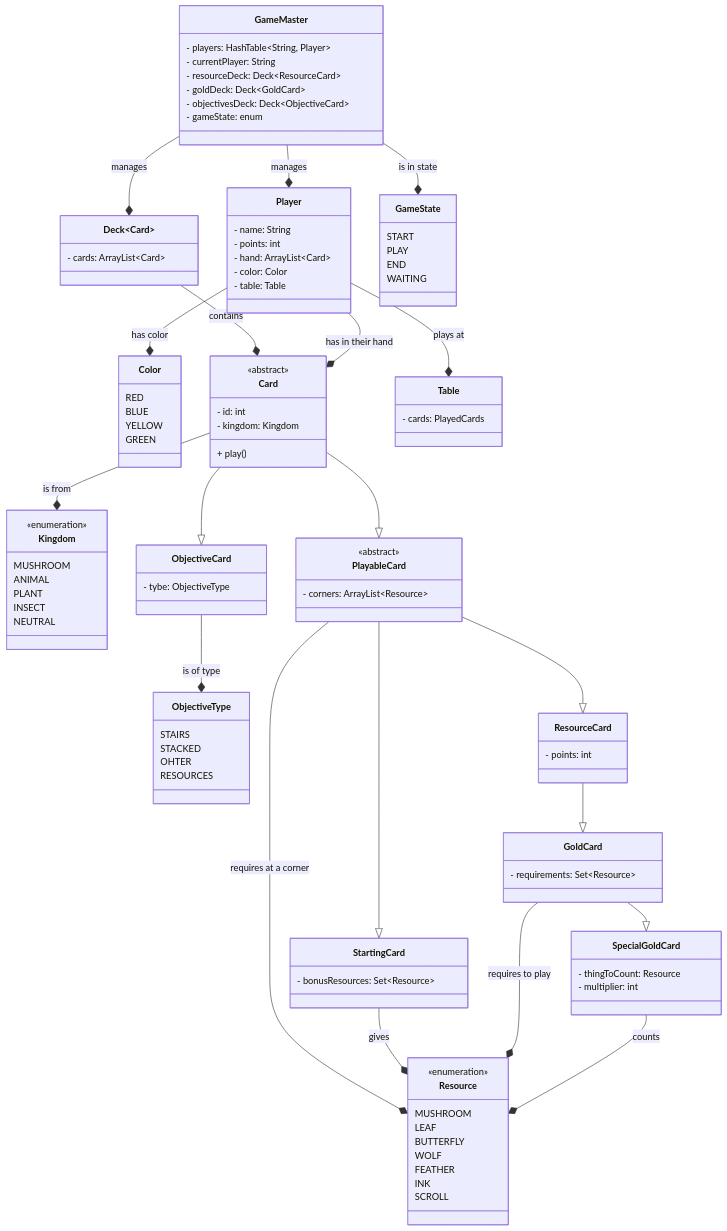
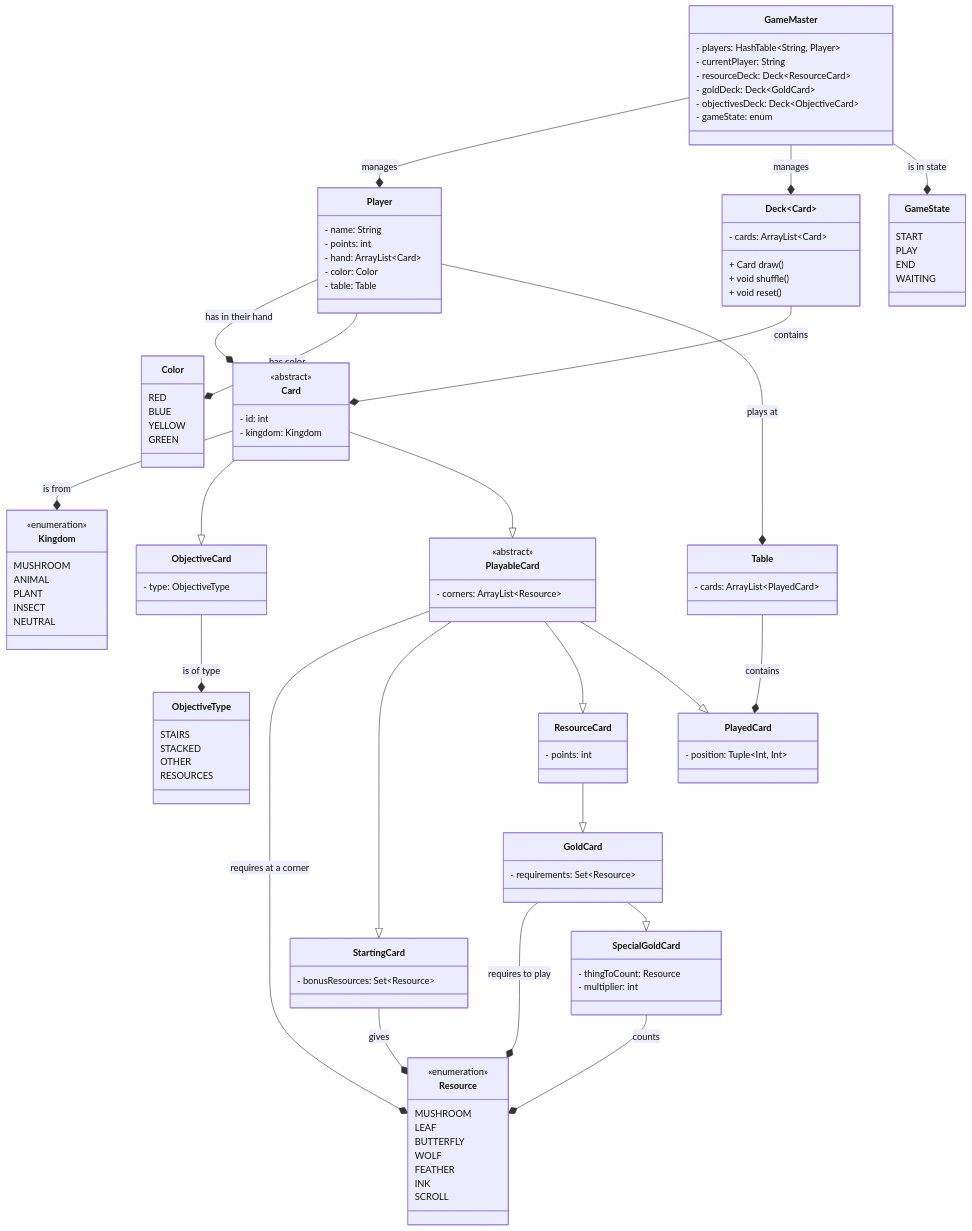
The diagram in deliverables/UML/model.md (TheCaptainCraken/IS24-AM26), drawn with Mermaid before and after one commit.

Commit message:
Added played card

````diff
--- a/deliverables/UML/model.md
+++ b/deliverables/UML/model.md
@@ -34,7 +34,6 @@
         <<abstract>>
         - id: int
         - kingdom: Kingdom
-        + play()
     }
 
     Card --* Kingdom : is from
@@ -42,12 +41,12 @@
     class ObjectiveType {
         STAIRS
         STACKED
-        OHTER
+        OTHER
         RESOURCES
     }
 
     class ObjectiveCard {
-        - tybe: ObjectiveType
+        - type: ObjectiveType
     }
 
     ObjectiveCard --* ObjectiveType : is of type 
@@ -92,6 +91,9 @@
 
     class Deck~Card~ {
         - cards: ArrayList~Card~
+        + Card draw()
+        + void shuffle()
+        + void reset()
     }
 
     Deck --* Card : contains
@@ -108,7 +110,7 @@
     Player --* Color : has color
 
     class Table {
-        - cards: PlayedCards
+        - cards: ArrayList~PlayedCard~
     }
 
     Player --* Table : plays at
@@ -133,4 +135,11 @@
     GameMaster --* Deck : manages
     GameMaster --* GameState : is in state
 
+    class PlayedCard {
+        - position: Tuple~Int, Int~
+    }
+
+    Table --* PlayedCard : contains
+    PlayableCard --|> PlayedCard
+
 ```
````
